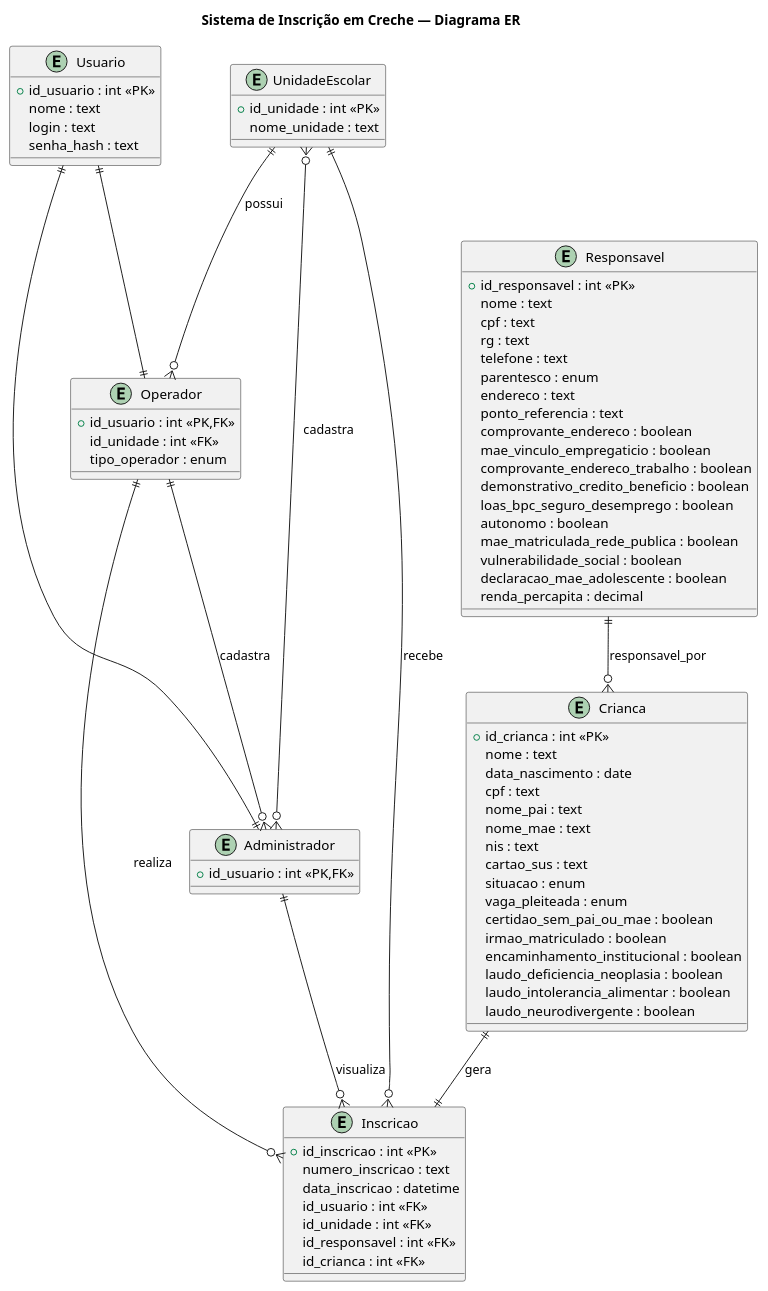
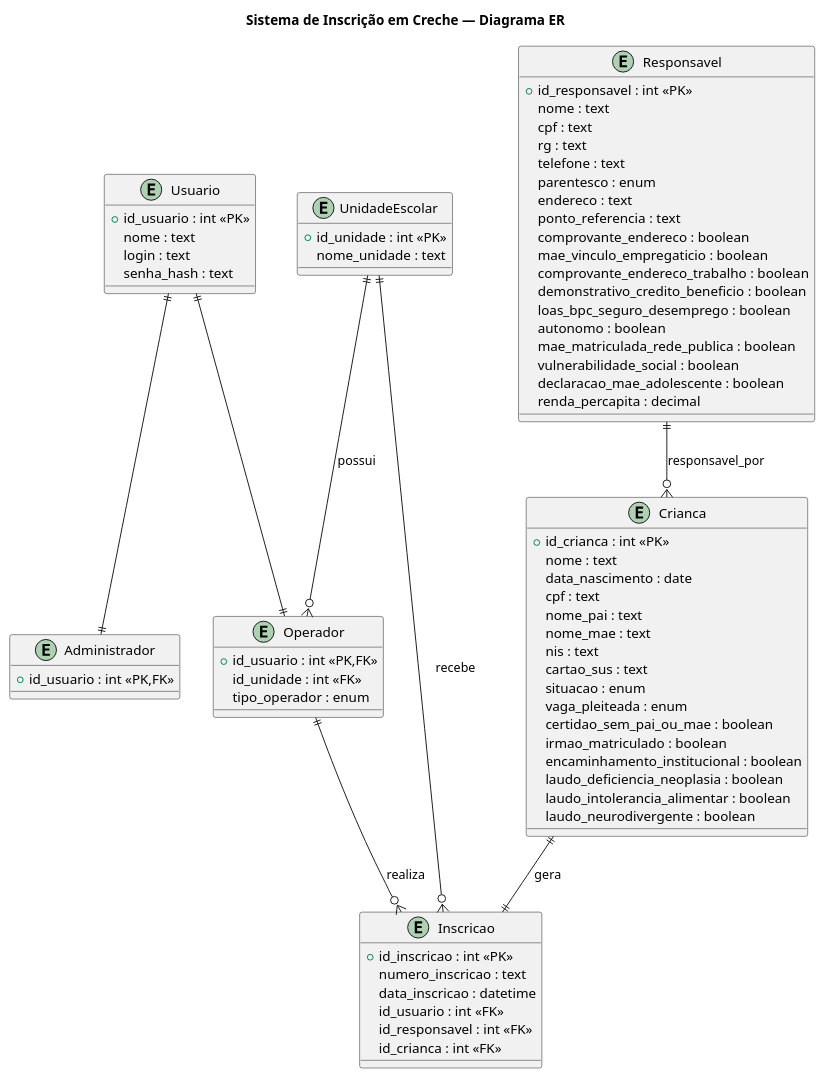
Before and after one commit to maxwelldeveloper7/vagas-creche: the diagram in docs/assets/der.md, drawn with PlantUML.

```diff
--- a/docs/assets/der.md
+++ b/docs/assets/der.md
@@ -68,7 +68,6 @@
   numero_inscricao : text
   data_inscricao : datetime
   id_usuario : int <<FK>>
-  id_unidade : int <<FK>>
   id_responsavel : int <<FK>>
   id_crianca : int <<FK>>
 }
@@ -79,14 +78,11 @@
 
 ' RELACIONAMENTOS
 UnidadeEscolar ||--o{ Operador : possui
-UnidadeEscolar }o--o{ Administrador : cadastra
 Operador ||--o{ Inscricao : realiza
-Operador ||--o{ Administrador : cadastra
 
 Responsavel ||--o{ Crianca : responsavel_por
 Crianca ||--|| Inscricao : gera
 
 UnidadeEscolar ||--o{ Inscricao : recebe
-Administrador ||--o{ Inscricao : visualiza
 
 @enduml
```
